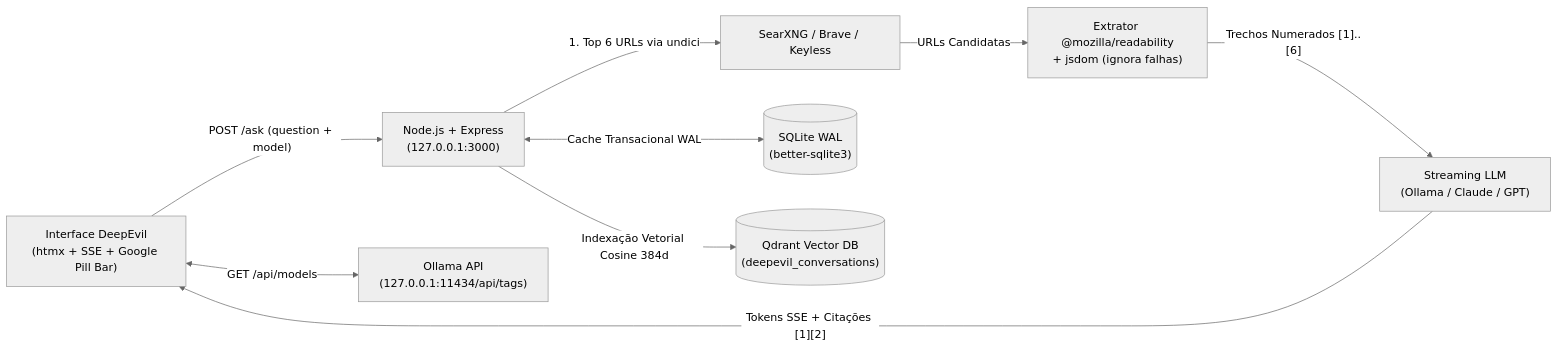
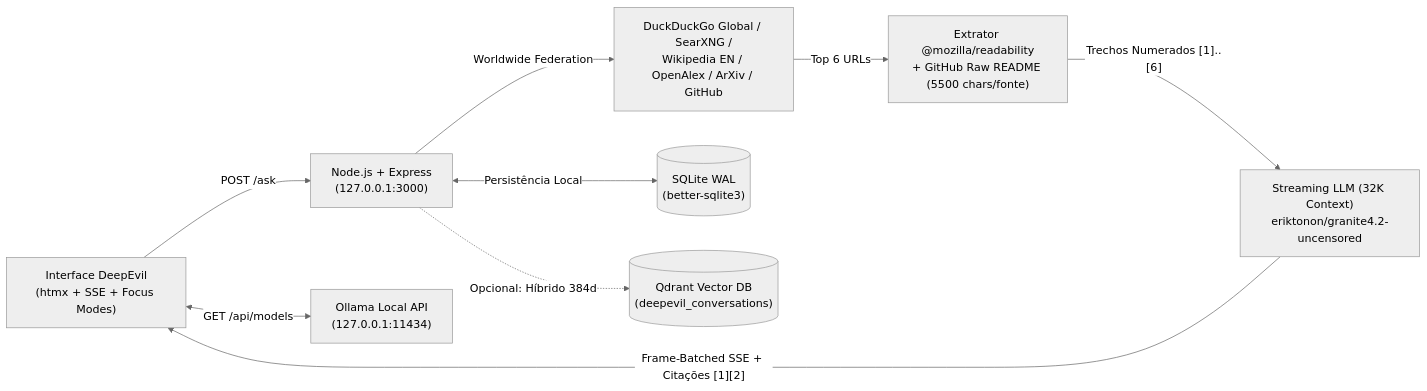
Before and after one commit to eriktonon/deepevil: the diagram in README.md, drawn with Mermaid (neutral theme). The commit also changed other lines of this file and 9 other files, not shown here.

Commit message:
release(v1.2.0): prepare DeepEvil public release with Ollama Granite 4.2 32K & Worldwide Research

````diff
--- a/README.md
+++ b/README.md
@@ -26,11 +118,11 @@
 ```mermaid
 flowchart LR
-    UI["Interface DeepEvil\n(htmx + SSE + Google Pill Bar)"] -->|"POST /ask (question + model)"| SRV["Node.js + Express\n(127.0.0.1:3000)"]
-    UI <-->|"GET /api/models"| OLLAMA_TAGS["Ollama API\n(127.0.0.1:11434/api/tags)"]
-    SRV -->|"1. Top 6 URLs via undici"| SEARCH["SearXNG / Brave / Keyless"]
-    SEARCH -->|"URLs Candidatas"| EXT["Extrator @mozilla/readability\n+ jsdom (ignora falhas)"]
-    EXT -->|"Trechos Numerados [1]..[6]"| LLM["Streaming LLM\n(Ollama / Claude / GPT)"]
-    LLM -->|"Tokens SSE + Citações [1][2]"| UI
-    SRV <-->|"Cache Transacional WAL"| SQLITE[("SQLite WAL\n(better-sqlite3)")]
-    SRV -->|"Indexação Vetorial Cosine 384d"| QDRANT[("Qdrant Vector DB\n(deepevil_conversations)")]
+    UI["Interface DeepEvil\n(htmx + SSE + Focus Modes)"] -->|"POST /ask"| SRV["Node.js + Express\n(127.0.0.1:3000)"]
+    UI <-->|"GET /api/models"| OLLAMA_TAGS["Ollama Local API\n(127.0.0.1:11434)"]
+    SRV -->|"Worldwide Federation"| SEARCH["DuckDuckGo Global / SearXNG /\nWikipedia EN / OpenAlex / ArXiv / GitHub"]
+    SEARCH -->|"Top 6 URLs"| EXT["Extrator @mozilla/readability\n+ GitHub Raw README (5500 chars/fonte)"]
+    EXT -->|"Trechos Numerados [1]..[6]"| LLM["Streaming LLM (32K Context)\neriktonon/granite4.2-uncensored"]
+    LLM -->|"Frame-Batched SSE + Citações [1][2]"| UI
+    SRV <-->|"Persistência Local"| SQLITE[("SQLite WAL\n(better-sqlite3)")]
+    SRV -.->|"Opcional: Híbrido 384d"| QDRANT[("Qdrant Vector DB\n(deepevil_conversations)")]
 ```
````
